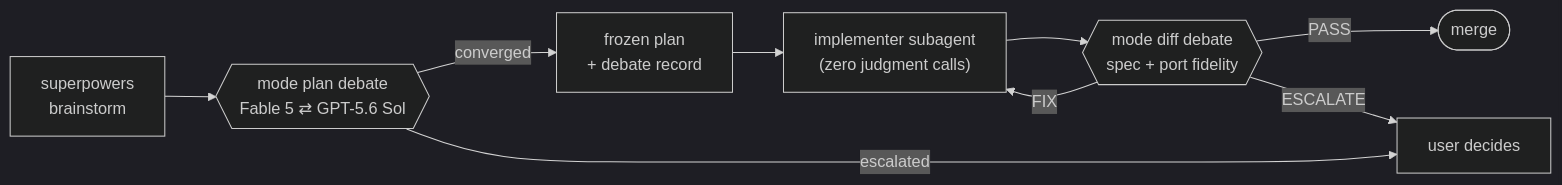
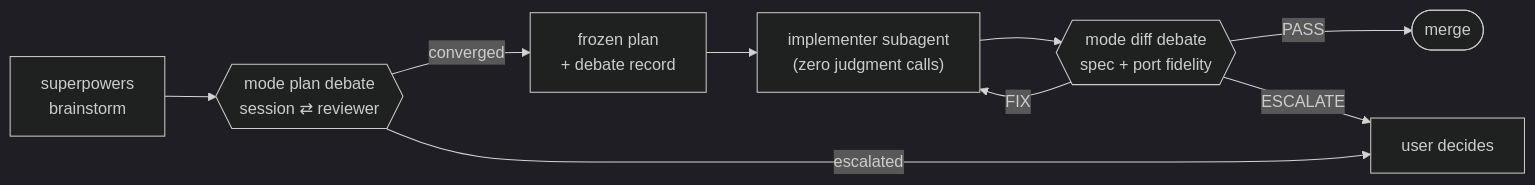
Before and after one commit to Bmwascher/parallax: the first of 2 diagrams in README.md, drawn with Mermaid (dark theme). The commit also changed other lines of this file and 19 other files, not shown here.

````diff
--- a/README.md
+++ b/README.md
@@ -15,11 +17,11 @@
 ```mermaid
 flowchart LR
-    A[superpowers<br/>brainstorm] --> B{{"mode plan debate<br/>Fable 5 ⇄ GPT-5.6 Sol"}}
+    A[superpowers<br/>brainstorm] --> B{{"mode plan debate<br/>session ⇄ reviewer"}}
     B -->|converged| C["frozen plan<br/>+ debate record"]
     B -->|escalated| U[user decides]
     C --> D["implementer subagent<br/>(zero judgment calls)"]
     D --> E{{"mode diff debate<br/>spec + port fidelity"}}
     E -->|PASS| F([merge])
     E -->|FIX| D
     E -->|ESCALATE| U
 ```
````
